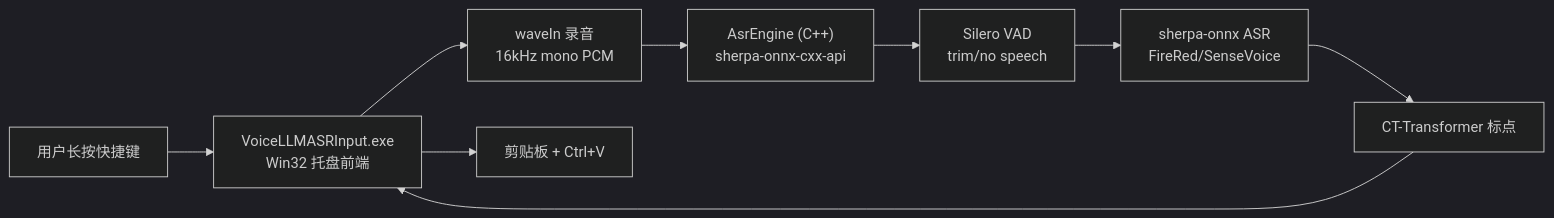
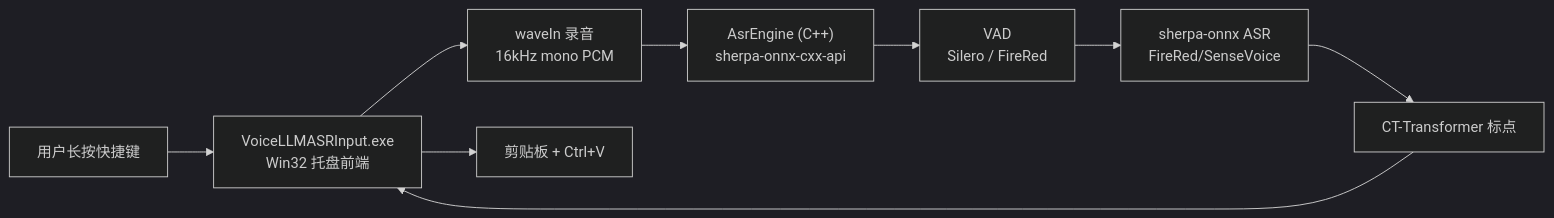
The first of 2 diagrams in ARCHITECTURE.md (melody0709/Voice_LLM_ASR_Input), drawn with Mermaid (dark theme) before and after one commit. The commit also changed other lines of this file and 44 other files, not shown here.

Commit message:
*FireRedVAD 接入**：Settings 新增 VAD 模型下拉框，可在 Silero VAD 和 FireRed VAD 之间切换

````diff
--- a/ARCHITECTURE.md
+++ b/ARCHITECTURE.md
@@ -7,11 +7,11 @@
 ```mermaid
 flowchart LR
     User["用户长按快捷键"] --> Frontend["VoiceLLMASRInput.exe<br/>Win32 托盘前端"]
     Frontend --> Recorder["waveIn 录音<br/>16kHz mono PCM"]
     Recorder --> Engine["AsrEngine (C++)<br/>sherpa-onnx-cxx-api"]
-    Engine --> VAD["Silero VAD<br/>trim/no speech"]
+    Engine --> VAD["VAD<br/>Silero / FireRed"]
     VAD --> ASR["sherpa-onnx ASR<br/>FireRed/SenseVoice"]
     ASR --> Punct["CT-Transformer 标点"]
     Punct --> Frontend
     Frontend --> Inject["剪贴板 + Ctrl+V"]
 ```
````
